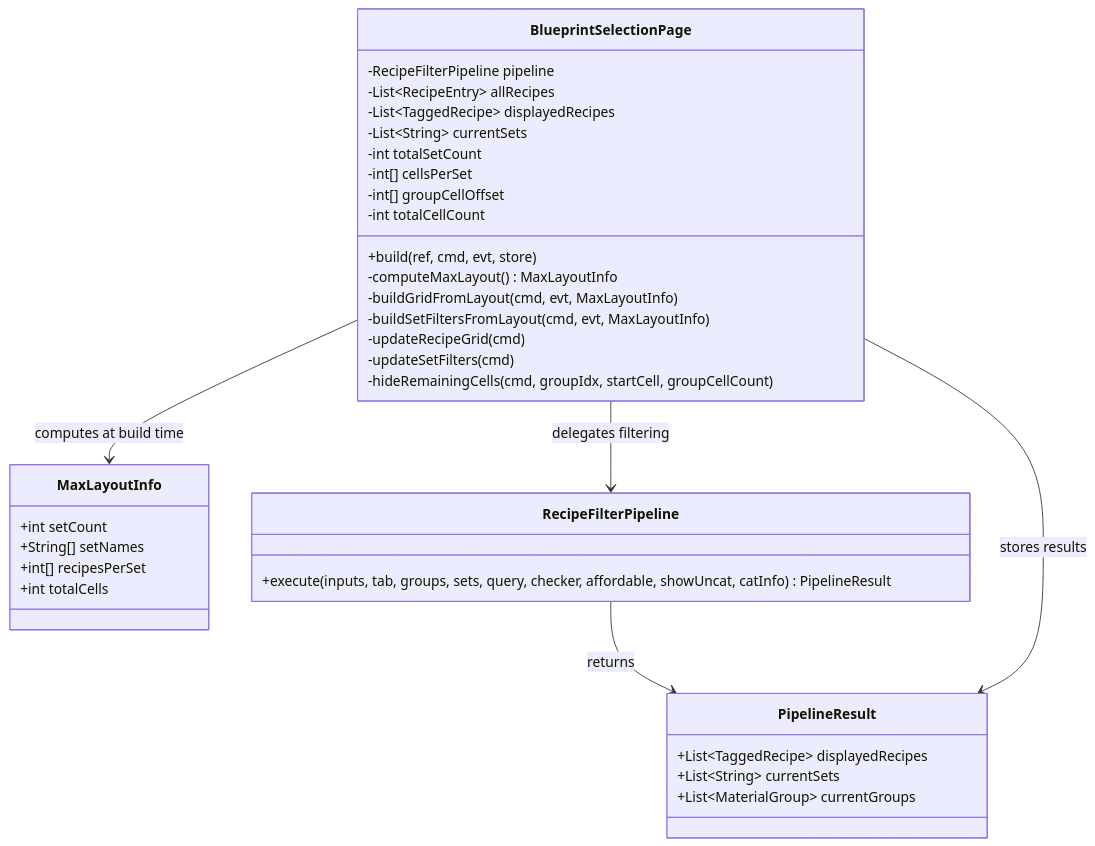
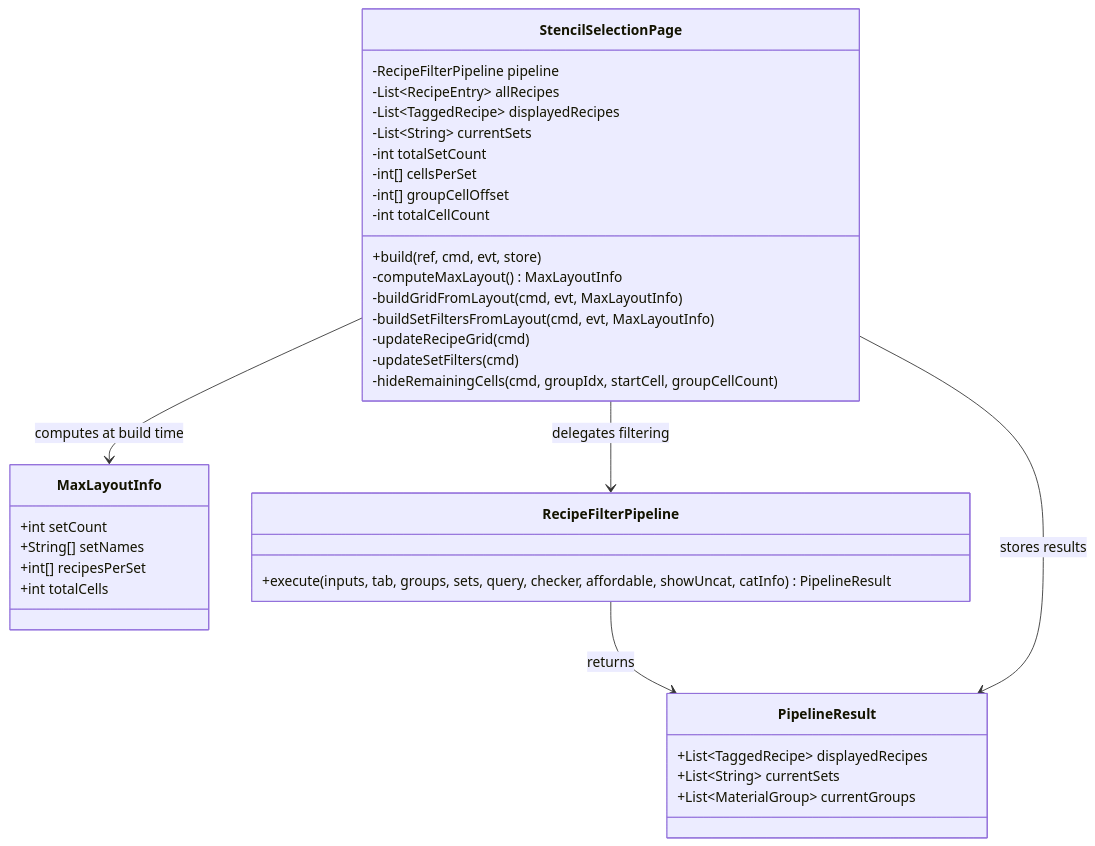
Before and after one commit to TheCodeCreature/Hytale-Example-Plugin: the first of 4 diagrams in docs/design-data-driven-grid-init.md, drawn with Mermaid. The commit also changed other lines of this file and 289 other files, not shown here.

````diff
--- a/docs/design-data-driven-grid-init.md
+++ b/docs/design-data-driven-grid-init.md
@@ -16,39 +16,39 @@
 ```mermaid
 classDiagram
-    class BlueprintSelectionPage {
+    class StencilSelectionPage {
         -RecipeFilterPipeline pipeline
         -List~RecipeEntry~ allRecipes
         -List~TaggedRecipe~ displayedRecipes
         -List~String~ currentSets
         -int totalSetCount
         -int[] cellsPerSet
         -int[] groupCellOffset
         -int totalCellCount
         +build(ref, cmd, evt, store)
         -computeMaxLayout() MaxLayoutInfo
         -buildGridFromLayout(cmd, evt, MaxLayoutInfo)
         -buildSetFiltersFromLayout(cmd, evt, MaxLayoutInfo)
         -updateRecipeGrid(cmd)
         -updateSetFilters(cmd)
         -hideRemainingCells(cmd, groupIdx, startCell, groupCellCount)
     }
     class MaxLayoutInfo {
         +int setCount
         +String[] setNames
         +int[] recipesPerSet
         +int totalCells
     }
     class RecipeFilterPipeline {
         +execute(inputs, tab, groups, sets, query, checker, affordable, showUncat, catInfo) PipelineResult
     }
     class PipelineResult {
         +List~TaggedRecipe~ displayedRecipes
         +List~String~ currentSets
         +List~MaterialGroup~ currentGroups
     }
 
-    BlueprintSelectionPage --> MaxLayoutInfo : computes at build time
-    BlueprintSelectionPage --> RecipeFilterPipeline : delegates filtering
+    StencilSelectionPage --> MaxLayoutInfo : computes at build time
+    StencilSelectionPage --> RecipeFilterPipeline : delegates filtering
     RecipeFilterPipeline --> PipelineResult : returns
-    BlueprintSelectionPage --> PipelineResult : stores results
+    StencilSelectionPage --> PipelineResult : stores results
 ```
````
